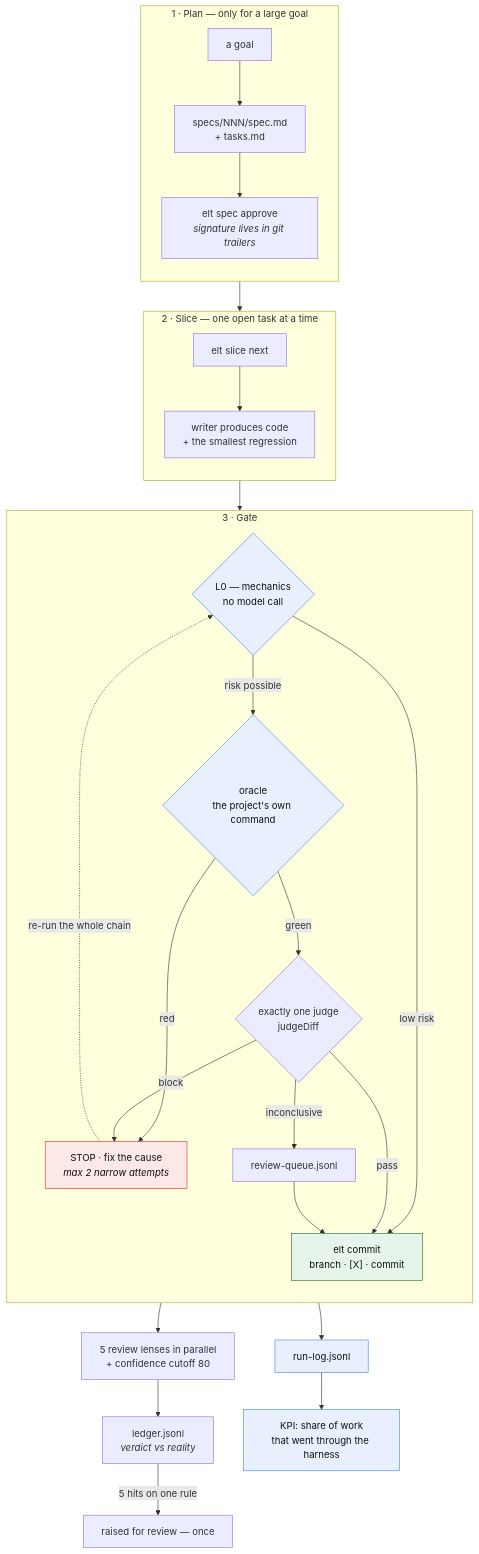
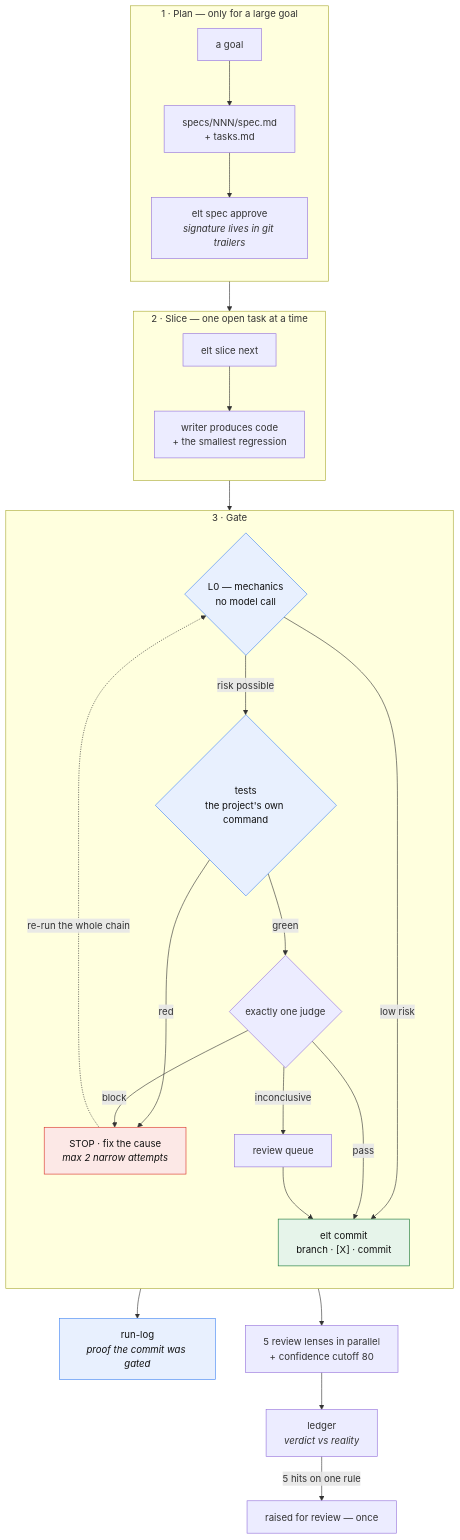
One commit to prodelt/elt-harness changed the second of 2 diagrams in README.md. Above: the diagram before and after it, drawn with Mermaid. The commit also changed other lines of this file and 713 other files, not shown here.

````diff
--- a/README.md
+++ b/README.md
@@ -91,47 +131,46 @@
 ```mermaid
 flowchart TD
   subgraph PLAN["1 · Plan — only for a large goal"]
     direction TB
     G["a goal"] --> S["specs/NNN/spec.md<br/>+ tasks.md"]
     S --> A["elt spec approve<br/><i>signature lives in git trailers</i>"]
   end
 
   A --> SL
 
   subgraph SLICE["2 · Slice — one open task at a time"]
     direction TB
     SL["elt slice next"] --> W["writer produces code<br/>+ the smallest regression"]
   end
 
   W --> L0
 
   subgraph GATE["3 · Gate"]
     direction TB
     L0{"L0 — mechanics<br/>no model call"}
     L0 -->|low risk| CM
     L0 -->|risk possible| OR
-    OR{"oracle<br/>the project's own command"}
+    OR{"tests<br/>the project's own command"}
     OR -->|red| FIX["STOP · fix the cause<br/><i>max 2 narrow attempts</i>"]
-    OR -->|green| JD{"exactly one judge<br/>judgeDiff"}
+    OR -->|green| JD{"exactly one judge"}
     JD -->|block| FIX
-    JD -->|inconclusive| RQ["review-queue.jsonl"]
+    JD -->|inconclusive| RQ["review queue"]
     JD -->|pass| CM
     RQ --> CM
   end
 
   FIX -.->|re-run the whole chain| L0
   CM["elt commit<br/>branch · [X] · commit"]
 
-  CM --> RL["run-log.jsonl"]
+  CM --> RL["run-log<br/><i>proof the commit was gated</i>"]
   CM --> BG["5 review lenses in parallel<br/>+ confidence cutoff 80"]
-  BG --> LG["ledger.jsonl<br/><i>verdict vs reality</i>"]
+  BG --> LG["ledger<br/><i>verdict vs reality</i>"]
   LG -->|5 hits on one rule| ISS["raised for review — once"]
-  RL --> KPI["KPI: share of work<br/>that went through the harness"]
 
   classDef mech fill:#e8f0fe,stroke:#4285f4,color:#111;
   classDef stop fill:#fce8e6,stroke:#d93025,color:#111;
   classDef done fill:#e6f4ea,stroke:#137333,color:#111;
-  class L0,OR,RL,KPI mech;
+  class L0,OR,RL mech;
   class FIX stop;
   class CM done;
 ```
````
